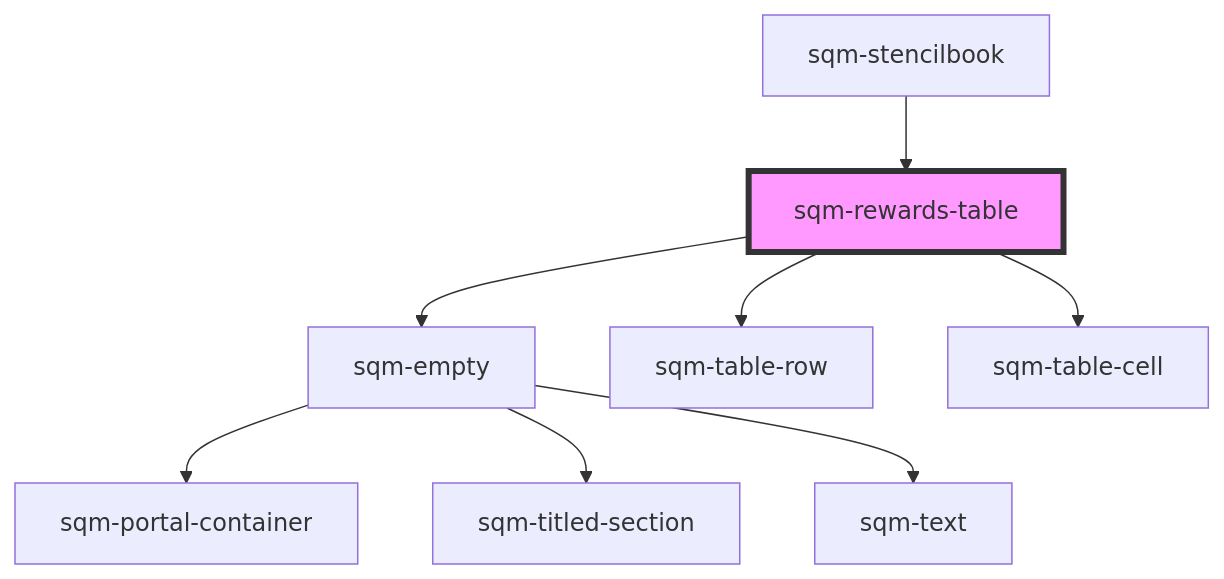
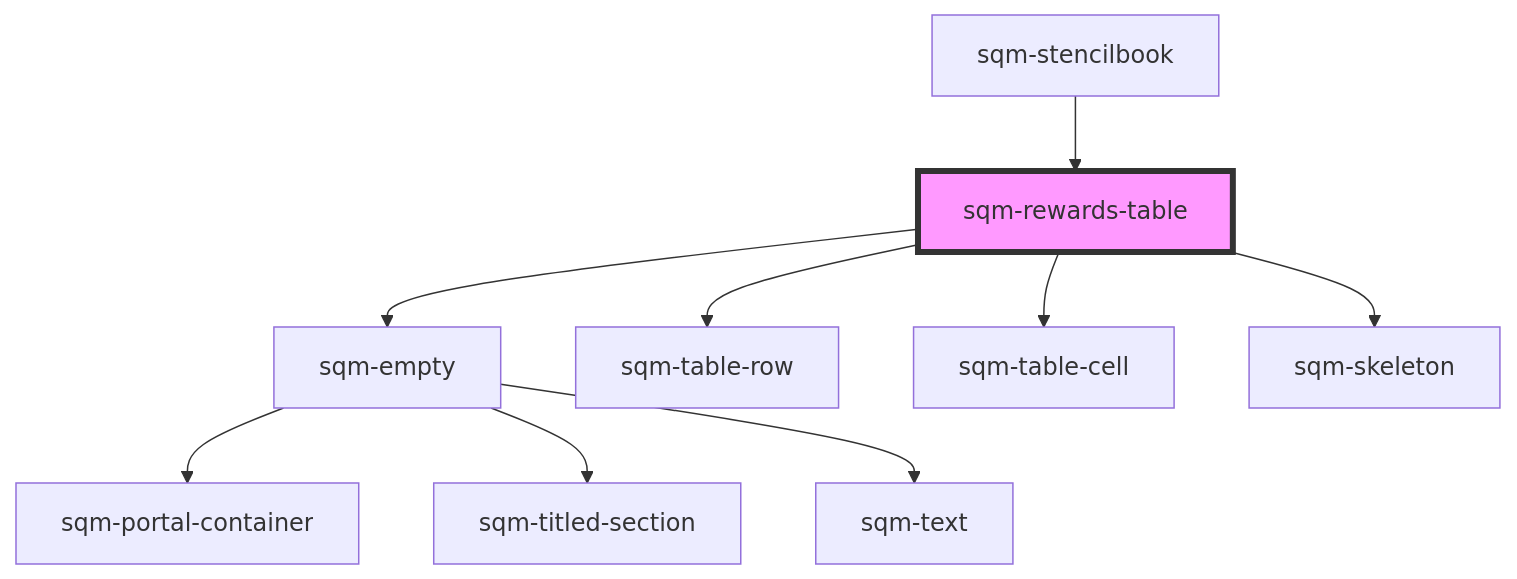
The diagram in packages/mint-components/src/components/sqm-rewards-table/readme.md (saasquatch/program-tools), drawn with Mermaid before and after one commit. The commit also changed other lines of this file and 15 other files, not shown here.

````diff
--- a/packages/mint-components/src/components/sqm-rewards-table/readme.md
+++ b/packages/mint-components/src/components/sqm-rewards-table/readme.md
@@ -36,11 +37,12 @@
 ```mermaid
 graph TD;
   sqm-rewards-table --> sqm-empty
   sqm-rewards-table --> sqm-table-row
   sqm-rewards-table --> sqm-table-cell
+  sqm-rewards-table --> sqm-skeleton
   sqm-empty --> sqm-portal-container
   sqm-empty --> sqm-titled-section
   sqm-empty --> sqm-text
   sqm-stencilbook --> sqm-rewards-table
   style sqm-rewards-table fill:#f9f,stroke:#333,stroke-width:4px
 ```
````
